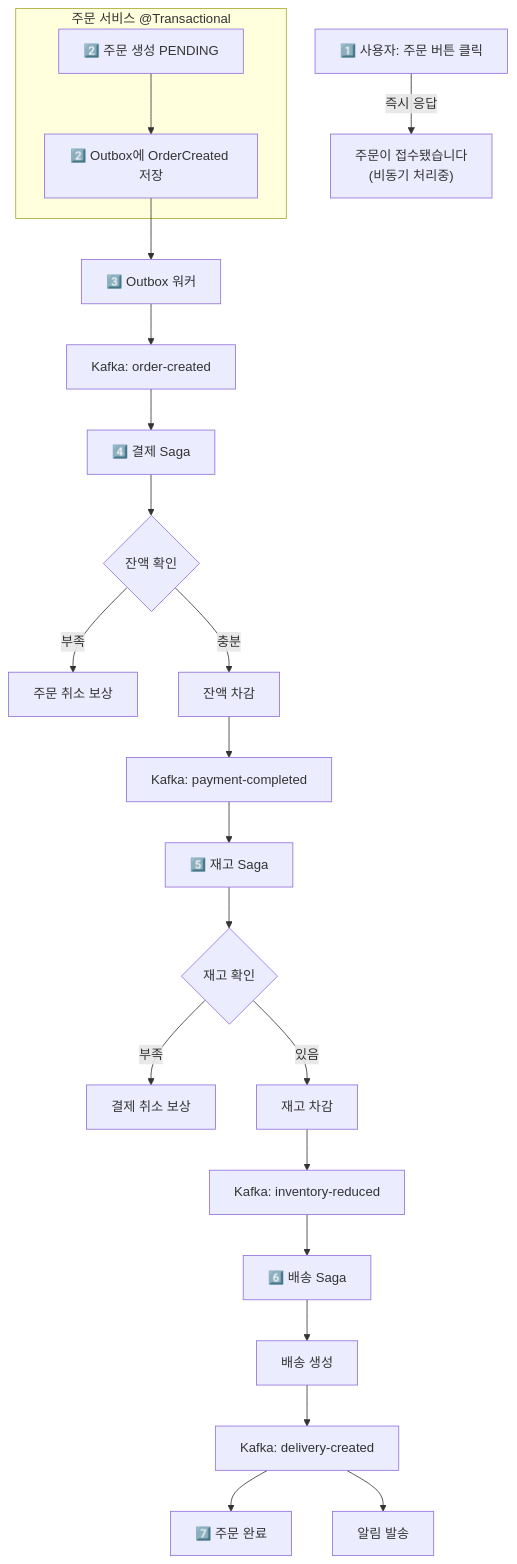
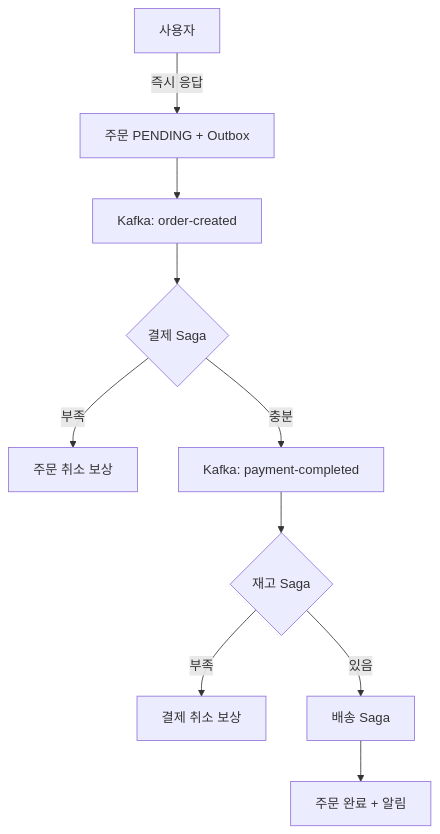
Before and after one commit to yjkim2015/yjkim2015.github.io: diagram 12 of 14 in _posts/architecture/2026-05-02-distributed-transaction-deep.md, drawn with Mermaid. The commit also changed other lines of this file and 215 other files, not shown here.

First line of the commit message:
신규 포스트 10개 추가 + Mermaid 전면 축소 + SystemDesign 시리즈 보강

````diff
--- a/_posts/architecture/2026-05-02-distributed-transaction-deep.md
+++ b/_posts/architecture/2026-05-02-distributed-transaction-deep.md
@@ -613,34 +552,12 @@
 ```mermaid
 graph TD
-    User["1️⃣ 사용자: 주문 버튼 클릭"]
-
-    subgraph "주문 서비스 @Transactional"
-        CreateOrder["2️⃣ 주문 생성 PENDING"]
-        SaveOutbox["2️⃣ Outbox에 OrderCreated 저장"]
-        CreateOrder --> SaveOutbox
-    end
-
-    SaveOutbox --> OutboxWorker["3️⃣ Outbox 워커"]
-    OutboxWorker --> Kafka["Kafka: order-created"]
-
-    Kafka --> PaymentSaga["4️⃣ 결제 Saga"]
-    PaymentSaga --> CheckBalance{"잔액 확인"}
-    CheckBalance -->|"부족"| CompensateOrder["주문 취소 보상"]
-    CheckBalance -->|"충분"| DeductBalance["잔액 차감"]
-    DeductBalance --> Kafka2["Kafka: payment-completed"]
-
-    Kafka2 --> InventorySaga["5️⃣ 재고 Saga"]
-    InventorySaga --> CheckInventory{"재고 확인"}
-    CheckInventory -->|"부족"| CompensatePayment["결제 취소 보상"]
-    CheckInventory -->|"있음"| ReduceInventory["재고 차감"]
-    ReduceInventory --> Kafka3["Kafka: inventory-reduced"]
-
-    Kafka3 --> DeliverySaga["6️⃣ 배송 Saga"]
-    DeliverySaga --> CreateDelivery["배송 생성"]
-    CreateDelivery --> Kafka4["Kafka: delivery-created"]
-
-    Kafka4 --> CompleteOrder["7️⃣ 주문 완료"]
-    Kafka4 --> SendNotification["알림 발송"]
-
-    User -->|"즉시 응답"| Response["주문이 접수됐습니다\n(비동기 처리중)"]
+    User["사용자"] -->|즉시 응답| Order["주문 PENDING + Outbox"]
+    Order --> K1["Kafka: order-created"]
+    K1 --> Pay{"결제 Saga"}
+    Pay -->|부족| C1["주문 취소 보상"]
+    Pay -->|충분| K2["Kafka: payment-completed"]
+    K2 --> Inv{"재고 Saga"}
+    Inv -->|부족| C2["결제 취소 보상"]
+    Inv -->|있음| Delivery["배송 Saga"]
+    Delivery --> Done["주문 완료 + 알림"]
 ```
````
